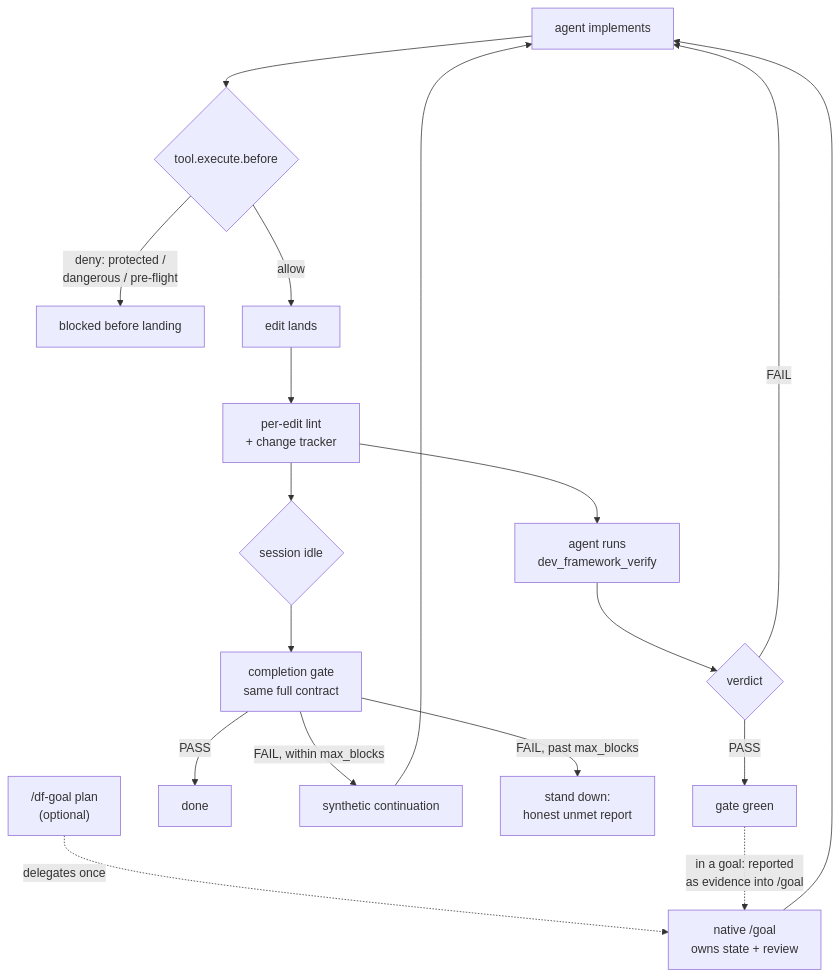
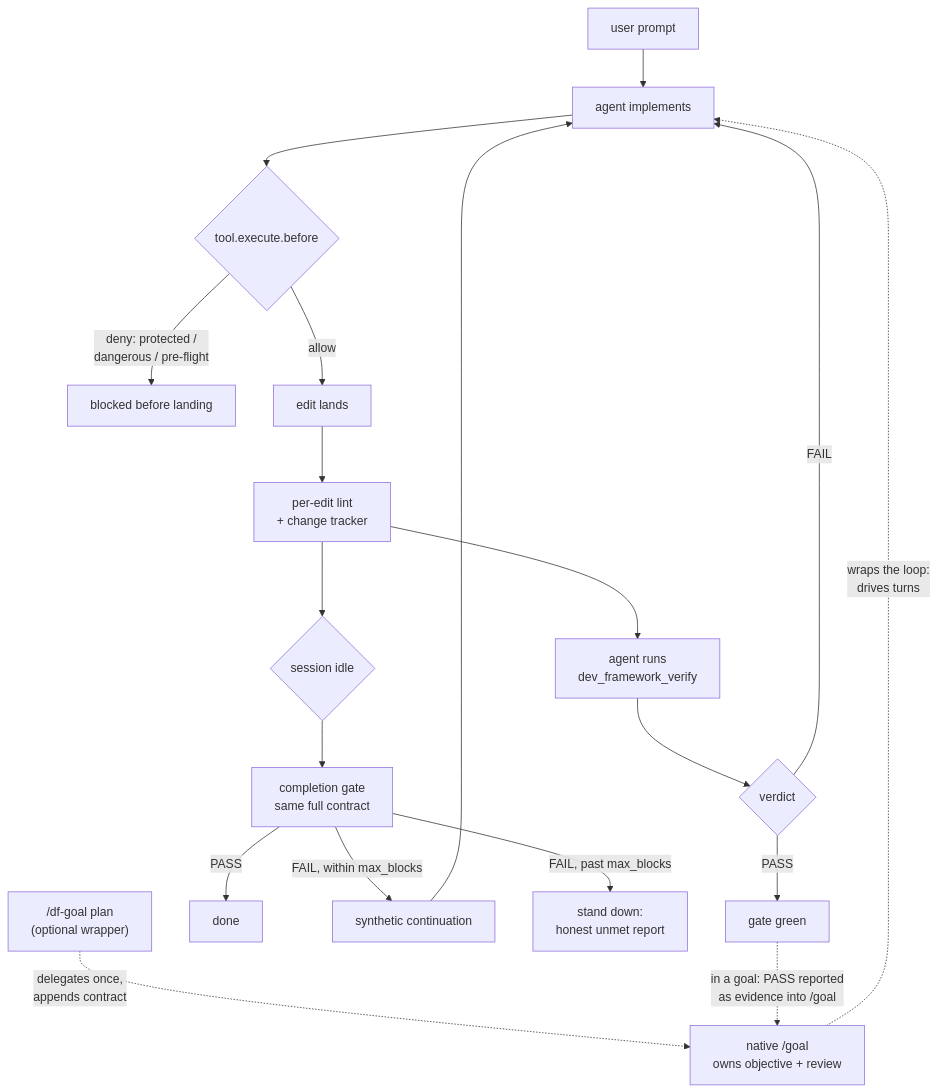
The diagram in README.md (jwitmann/opencode-dev-framework), drawn with Mermaid before and after one commit.

Commit message:
docs: README graph shows user prompt as entry, goal as wrapper

````diff
--- a/README.md
+++ b/README.md
@@ -78,20 +78,21 @@
 ```mermaid
 flowchart TD
-    A["agent implements"] --> B{"tool.execute.before"}
+    U["user prompt"] --> A["agent implements"]
+    A --> B{"tool.execute.before"}
     B -- "deny: protected /\ndangerous / pre-flight" --> X["blocked before landing"]
     B -- allow --> C["edit lands"]
     C --> D["per-edit lint\n+ change tracker"]
     D --> V["agent runs\ndev_framework_verify"]
     V --> R{"verdict"}
     R -- PASS --> OK["gate green"]
     R -- FAIL --> A
     D --> S{"session idle"}
     S --> GT["completion gate\nsame full contract"]
     GT -- PASS --> DONE["done"]
     GT -- "FAIL, within max_blocks" --> SYN["synthetic continuation"]
     SYN --> A
     GT -- "FAIL, past max_blocks" --> SD["stand down:\nhonest unmet report"]
-    G["/df-goal plan\n(optional)"] -. "delegates once" .-> N["native /goal\nowns state + review"]
-    N --> A
-    OK -. "in a goal: reported\nas evidence into /goal" .-> N
+    G["/df-goal plan\n(optional wrapper)"] -. "delegates once,\nappends contract" .-> N["native /goal\nowns objective + review"]
+    N -. "wraps the loop:\ndrives turns" .-> A
+    OK -. "in a goal: PASS reported\nas evidence into /goal" .-> N
 ```
````
